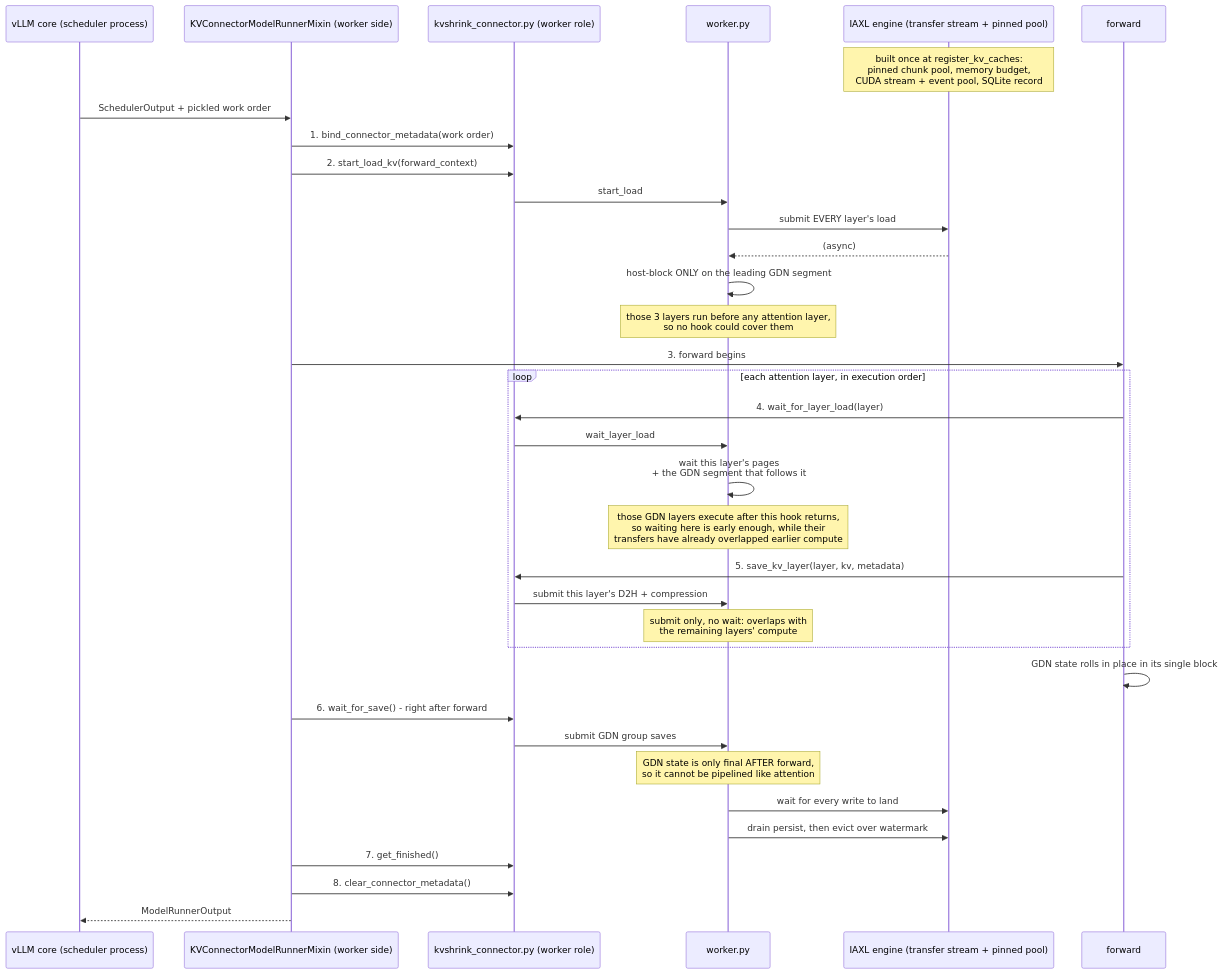
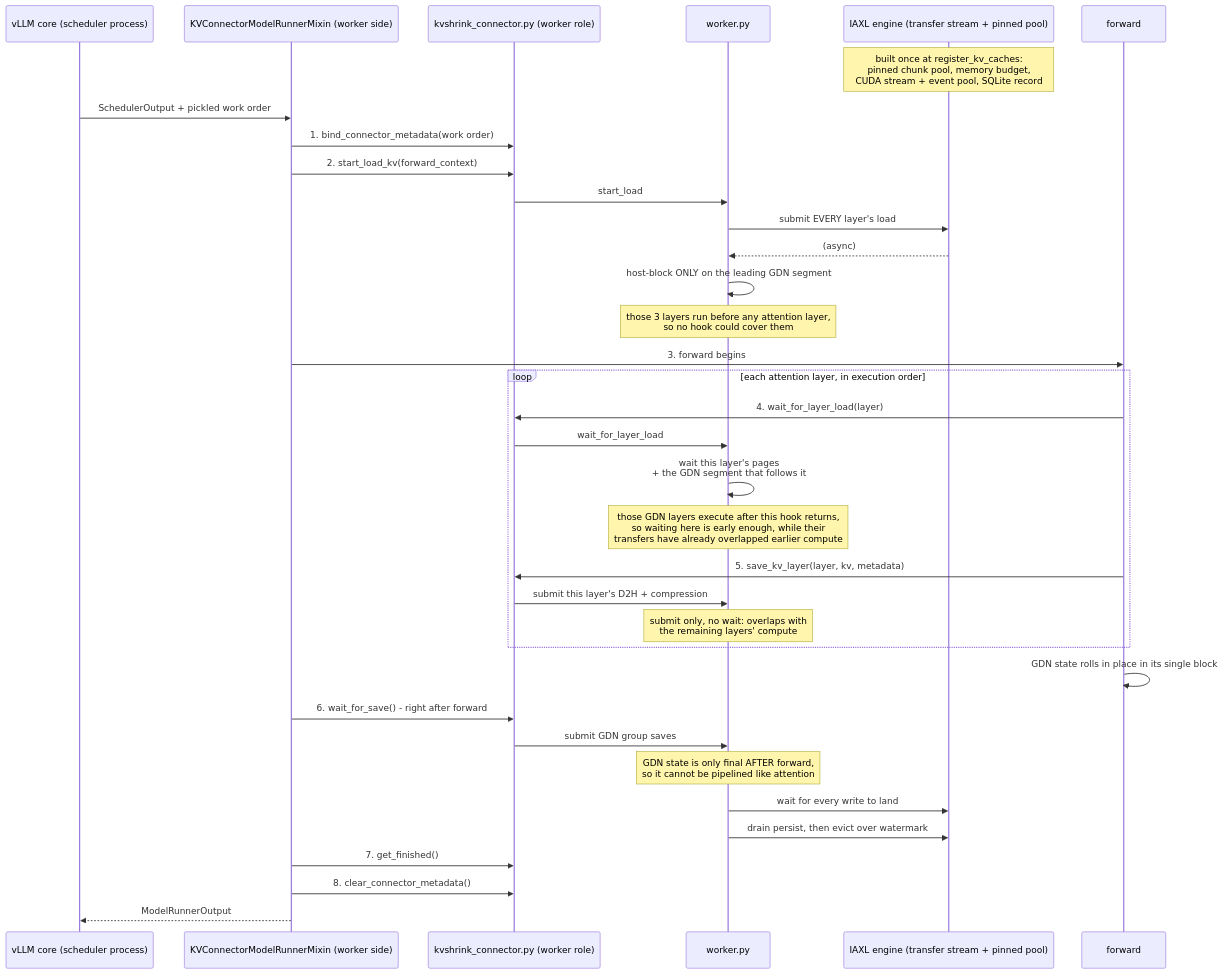
Before and after one commit to cocotyty/intel-accel-for-llm: the fourth of 6 diagrams in doc/design/kvshrink-hybrid.md, drawn with Mermaid. The commit also changed 5 other files, not shown here.

````diff
--- a/doc/design/kvshrink-hybrid.md
+++ b/doc/design/kvshrink-hybrid.md
@@ -231,39 +231,39 @@
 ```mermaid
 sequenceDiagram
     participant Core as vLLM core (scheduler process)
     participant Mix as KVConnectorModelRunnerMixin (worker side)
     participant Con as kvshrink_connector.py (worker role)
     participant Wk as worker.py
     participant Eng as IAXL engine (transfer stream + pinned pool)
     participant GPU as forward
 
     Note over Eng: built once at register_kv_caches:<br/>pinned chunk pool, memory budget,<br/>CUDA stream + event pool, SQLite record
 
     Core->>Mix: SchedulerOutput + pickled work order
     Mix->>Con: 1. bind_connector_metadata(work order)
     Mix->>Con: 2. start_load_kv(forward_context)
     Con->>Wk: start_load
     Wk->>Eng: submit EVERY layer's load
     Eng-->>Wk: (async)
     Wk->>Wk: host-block ONLY on the leading GDN segment
     Note over Wk: those 3 layers run before any attention layer,<br/>so no hook could cover them
     Mix->>GPU: 3. forward begins
     loop each attention layer, in execution order
         GPU->>Con: 4. wait_for_layer_load(layer)
-        Con->>Wk: wait_layer_load
+        Con->>Wk: wait_for_layer_load
         Wk->>Wk: wait this layer's pages<br/>+ the GDN segment that follows it
         Note over Wk: those GDN layers execute after this hook returns,<br/>so waiting here is early enough, while their<br/>transfers have already overlapped earlier compute
         GPU->>Con: 5. save_kv_layer(layer, kv, metadata)
         Con->>Wk: submit this layer's D2H + compression
         Note over Wk: submit only, no wait: overlaps with<br/>the remaining layers' compute
     end
     GPU->>GPU: GDN state rolls in place in its single block
     Mix->>Con: 6. wait_for_save() - right after forward
     Con->>Wk: submit GDN group saves
     Note over Wk: GDN state is only final AFTER forward,<br/>so it cannot be pipelined like attention
     Wk->>Eng: wait for every write to land
     Wk->>Eng: drain persist, then evict over watermark
     Mix->>Con: 7. get_finished()
     Mix->>Con: 8. clear_connector_metadata()
     Mix-->>Core: ModelRunnerOutput
 ```
````
